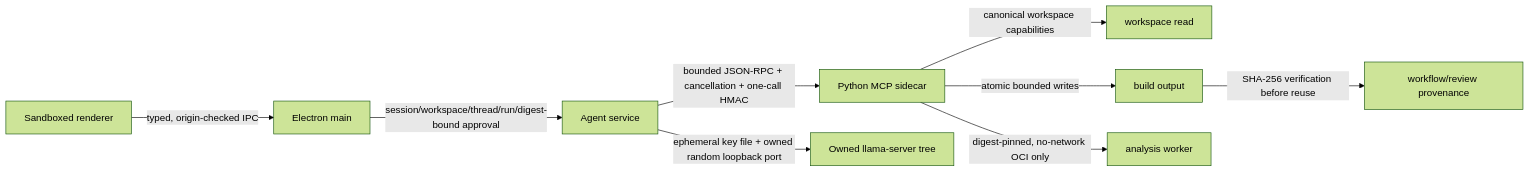
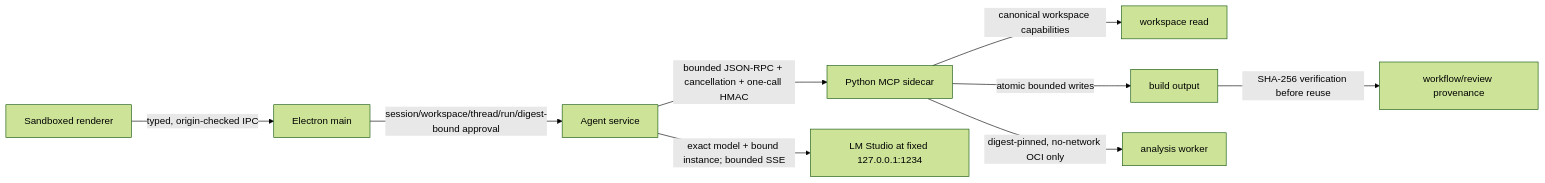
Before and after one commit to albertzhzhou-droid/proto-agent-workbench: the diagram in docs/security_architecture.md, drawn with Mermaid (forest theme). The commit also changed other lines of this file and 188 other files, not shown here.

````diff
--- a/docs/security_architecture.md
+++ b/docs/security_architecture.md
@@ -8,11 +8,11 @@
 ```mermaid
 flowchart LR
   R["Sandboxed renderer"] -->|"typed, origin-checked IPC"| M["Electron main"]
   M -->|"session/workspace/thread/run/digest-bound approval"| A["Agent service"]
   A -->|"bounded JSON-RPC + cancellation + one-call HMAC"| P["Python MCP sidecar"]
-  A -->|"ephemeral key file + owned random loopback port"| L["Owned llama-server tree"]
+  A -->|"exact model + bound instance; bounded SSE"| L["LM Studio at fixed 127.0.0.1:1234"]
   P -->|"canonical workspace capabilities"| W["workspace read"]
   P -->|"atomic bounded writes"| B["build output"]
   P -->|"digest-pinned, no-network OCI only"| O["analysis worker"]
   B -->|"SHA-256 verification before reuse"| V["workflow/review provenance"]
 ```
````
